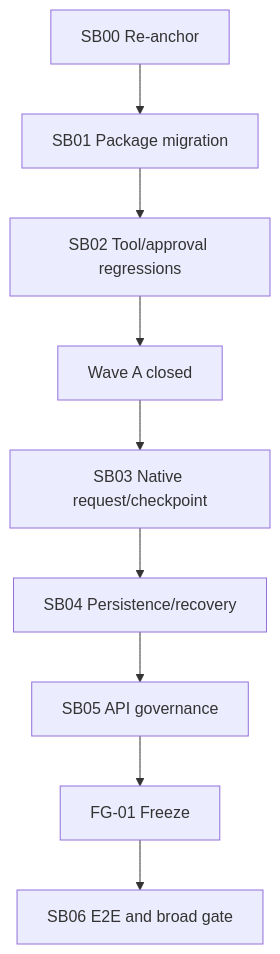
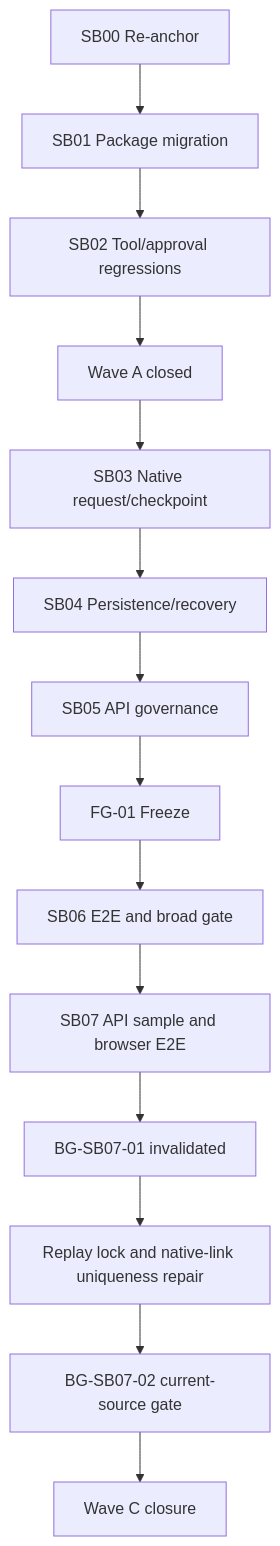
One commit to fyziktom/CanDoItAll changed the diagram in codex/bundles/MAF-1_18-workflow-HITL/plan/DEPENDENCY-GRAPH.md. Above: the diagram before and after it, drawn with Mermaid. The commit also changed other lines of this file and 47 other files, not shown here.

````diff
--- a/codex/bundles/MAF-1_18-workflow-HITL/plan/DEPENDENCY-GRAPH.md
+++ b/codex/bundles/MAF-1_18-workflow-HITL/plan/DEPENDENCY-GRAPH.md
@@ -3,11 +3,16 @@
 ```mermaid
 flowchart TD
     SB00[SB00 Re-anchor] --> SB01[SB01 Package migration]
     SB01 --> SB02[SB02 Tool/approval regressions]
     SB02 --> WAVEA[Wave A closed]
     WAVEA --> SB03[SB03 Native request/checkpoint]
     SB03 --> SB04[SB04 Persistence/recovery]
     SB04 --> SB05[SB05 API governance]
     SB05 --> FREEZE[FG-01 Freeze]
     FREEZE --> SB06[SB06 E2E and broad gate]
+    SB06 --> SB07[SB07 API sample and browser E2E]
+    SB07 --> BG1[BG-SB07-01 invalidated]
+    BG1 --> RACES[Replay lock and native-link uniqueness repair]
+    RACES --> BG2[BG-SB07-02 current-source gate]
+    BG2 --> WAVEC[Wave C closure]
 ```
````
